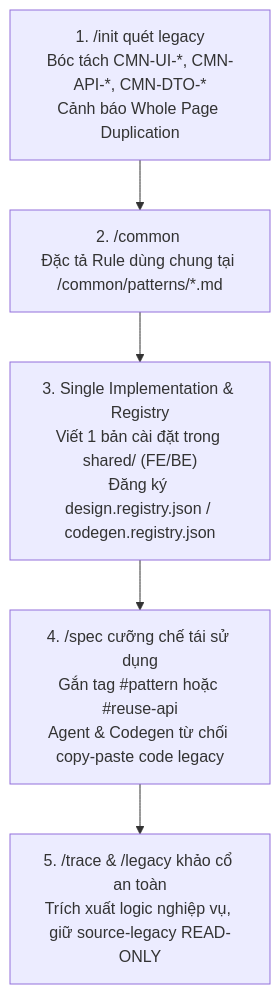
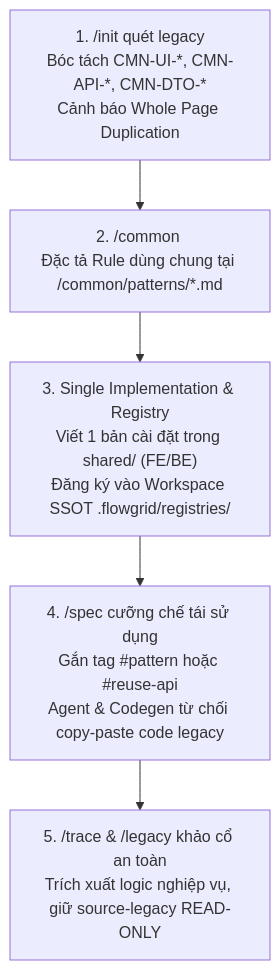
The second of 3 diagrams in workflows/phase-0-setup.md (ShanYuCoder/flowgrid-docs), drawn with Mermaid before and after one commit. The commit also changed other lines of this file and 12 other files, not shown here.

````diff
--- a/workflows/phase-0-setup.md
+++ b/workflows/phase-0-setup.md
@@ -114,7 +116,7 @@
 ```mermaid
 flowchart TD
   INIT["1. /init quét legacy<br/>Bóc tách CMN-UI-*, CMN-API-*, CMN-DTO-*<br/>Cảnh báo Whole Page Duplication"] --> COMMON["2. /common <CMN-ID><br/>Đặc tả Rule dùng chung tại <LCA>/common/patterns/*.md"]
-  COMMON --> IMPL["3. Single Implementation & Registry<br/>Viết 1 bản cài đặt trong shared/ (FE/BE)<br/>Đăng ký design.registry.json / codegen.registry.json"]
+  COMMON --> IMPL["3. Single Implementation & Registry<br/>Viết 1 bản cài đặt trong shared/ (FE/BE)<br/>Đăng ký vào Workspace SSOT .flowgrid/registries/"]
   IMPL --> SPEC["4. /spec cưỡng chế tái sử dụng<br/>Gắn tag #pattern hoặc #reuse-api<br/>Agent & Codegen từ chối copy-paste code legacy"]
   SPEC --> SAFETRACE["5. /trace & /legacy khảo cổ an toàn<br/>Trích xuất logic nghiệp vụ, giữ source-legacy READ-ONLY"]
 ```
````
